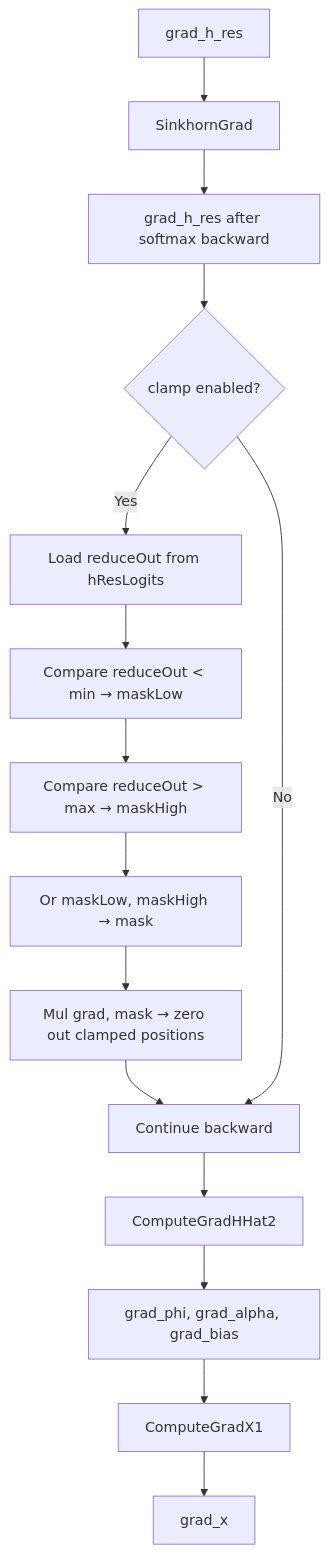
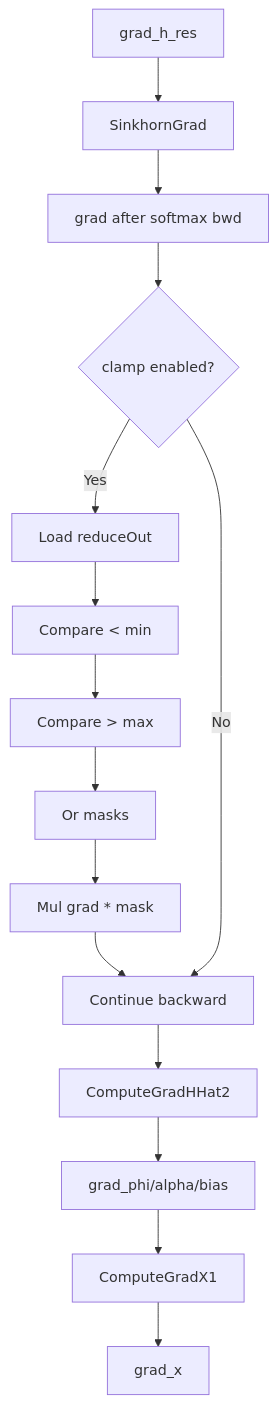
Before and after one commit to ChunnX/ops-transformer: the second of 10 diagrams in mhc/mhc_pre_clamp_sinkhorn_backward/docs/MhcPreClampSinkhornBackward_Design.md, drawn with Mermaid. The commit also changed other lines of this file, not shown here.

````diff
--- a/mhc/mhc_pre_clamp_sinkhorn_backward/docs/MhcPreClampSinkhornBackward_Design.md
+++ b/mhc/mhc_pre_clamp_sinkhorn_backward/docs/MhcPreClampSinkhornBackward_Design.md
@@ -100,17 +100,17 @@
 ```mermaid
-flowchart TD
+graph TD
     A[grad_h_res] --> B[SinkhornGrad]
-    B --> C[grad_h_res after softmax backward]
+    B --> C[grad after softmax bwd]
     C --> D{clamp enabled?}
-    D -->|Yes| E[Load reduceOut from hResLogits]
-    E --> F[Compare reduceOut < min → maskLow]
-    F --> G[Compare reduceOut > max → maskHigh]
-    G --> H[Or maskLow, maskHigh → mask]
-    H --> I[Mul grad, mask → zero out clamped positions]
+    D -->|Yes| E[Load reduceOut]
+    E --> F[Compare < min]
+    F --> G[Compare > max]
+    G --> H[Or masks]
+    H --> I[Mul grad * mask]
     I --> J[Continue backward]
     D -->|No| J
     J --> K[ComputeGradHHat2]
-    K --> L[grad_phi, grad_alpha, grad_bias]
+    K --> L[grad_phi/alpha/bias]
     L --> M[ComputeGradX1]
     M --> N[grad_x]
 ```
````
